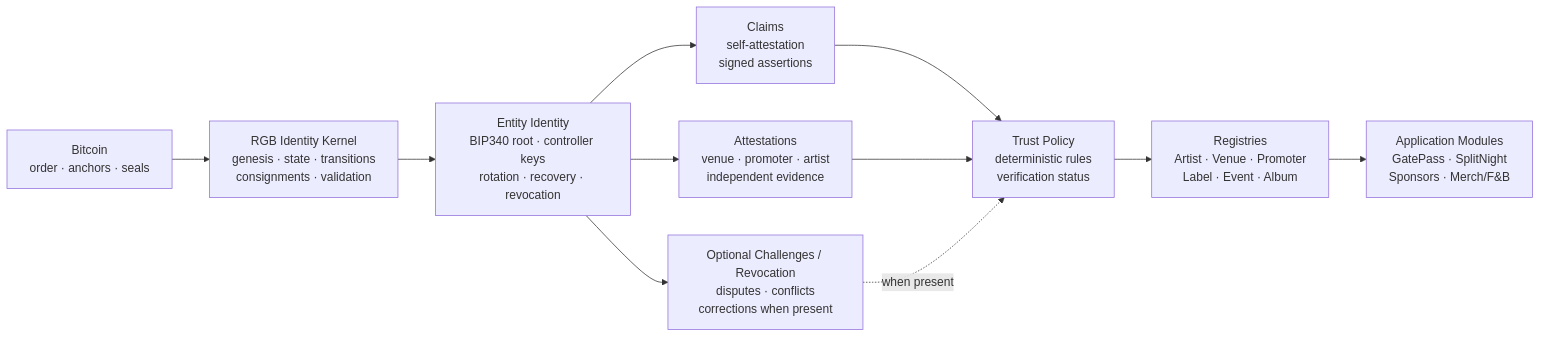
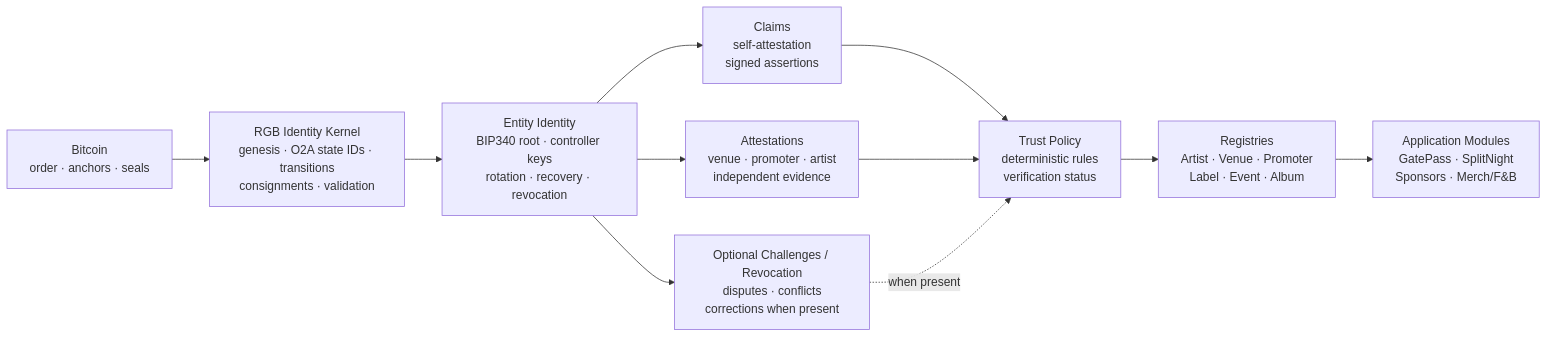
The first of 3 diagrams in docs/diagrams/02-end-to-end-protocol-flow.md (EdwinKestler/o2a-protocol), drawn with Mermaid before and after one commit. The commit also changed other lines of this file and 7 other files, not shown here.

````diff
--- a/docs/diagrams/02-end-to-end-protocol-flow.md
+++ b/docs/diagrams/02-end-to-end-protocol-flow.md
@@ -5,19 +5,19 @@
 ```mermaid
 flowchart LR
     B["Bitcoin<br/>order · anchors · seals"]
-    K["RGB Identity Kernel<br/>genesis · state · transitions<br/>consignments · validation"]
+    K["RGB Identity Kernel<br/>genesis · O2A state IDs · transitions<br/>consignments · validation"]
     I["Entity Identity<br/>BIP340 root · controller keys<br/>rotation · recovery · revocation"]
     C["Claims<br/>self-attestation<br/>signed assertions"]
     A["Attestations<br/>venue · promoter · artist<br/>independent evidence"]
     X["Optional Challenges / Revocation<br/>disputes · conflicts<br/>corrections when present"]
     P["Trust Policy<br/>deterministic rules<br/>verification status"]
     R["Registries<br/>Artist · Venue · Promoter<br/>Label · Event · Album"]
     M["Application Modules<br/>GatePass · SplitNight<br/>Sponsors · Merch/F&B"]
 
     B --> K --> I
     I --> C --> P
     I --> A --> P
     I --> X
     X -. "when present" .-> P
     P --> R --> M
 ```
````
